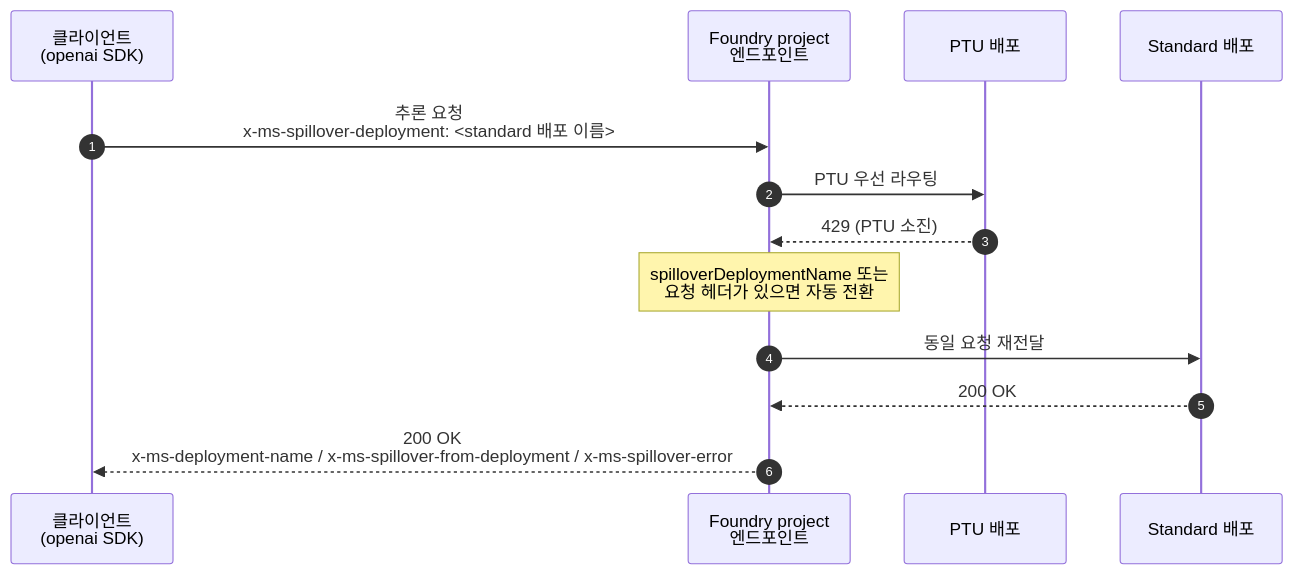
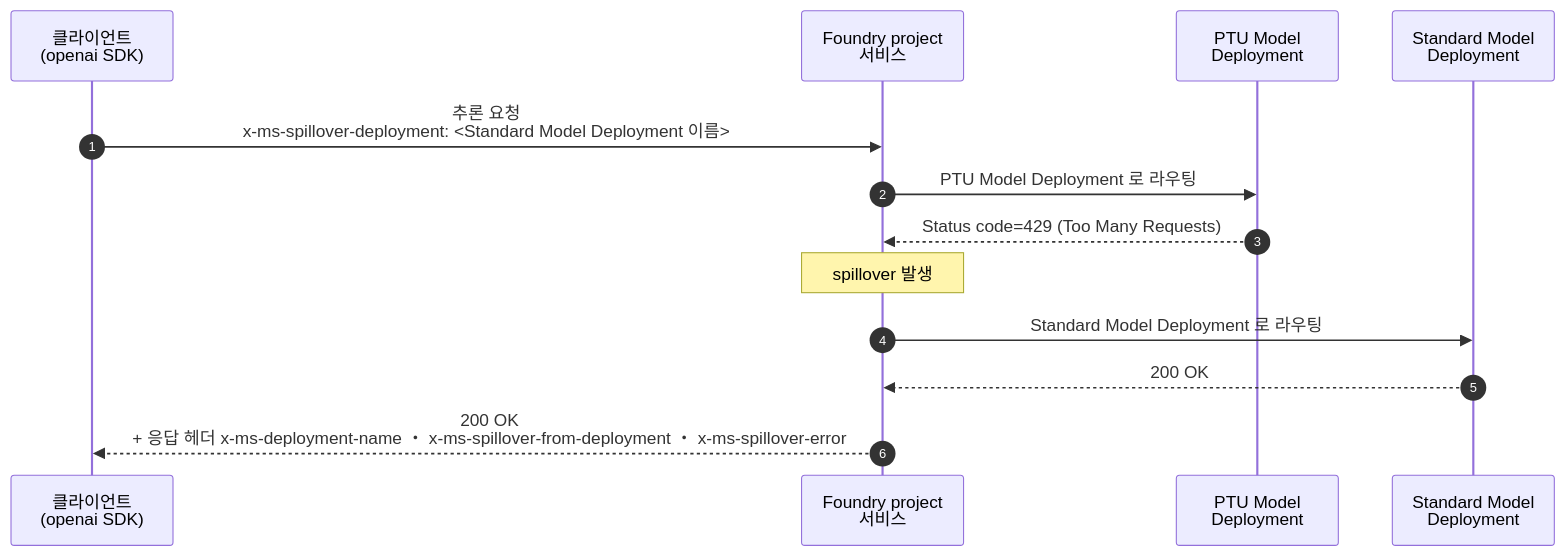
The fourth of 6 diagrams in README.md (ivorycloud1013/lab-azure-guide-foundry-ptu), drawn with Mermaid before and after one commit. The commit also changed other lines of this file and 1 other file, not shown here.

First line of the commit message:
refactor: 클라이언트 측 spillover 를 non-200 전체로 확대

````diff
--- a/README.md
+++ b/README.md
@@ -364,16 +360,16 @@
 ```mermaid
 sequenceDiagram
     autonumber
     participant Client as 클라이언트<br/>(openai SDK)
-    participant EP as Foundry project<br/>엔드포인트
-    participant PTU as PTU 배포
-    participant STD as Standard 배포
+    participant EP as Foundry project<br/>서비스
+    participant PTU as PTU Model<br/>Deployment
+    participant STD as Standard Model<br/>Deployment
 
-    Client->>EP: 추론 요청<br/>x-ms-spillover-deployment: <standard 배포 이름>
-    EP->>PTU: PTU 우선 라우팅
-    PTU-->>EP: 429 (PTU 소진)
-    Note over EP: spilloverDeploymentName 또는<br/>요청 헤더가 있으면 자동 전환
-    EP->>STD: 동일 요청 재전달
+    Client->>EP: 추론 요청<br/>x-ms-spillover-deployment: <Standard Model Deployment 이름>
+    EP->>PTU: PTU Model Deployment 로 라우팅
+    PTU-->>EP: Status code=429 (Too Many Requests)
+    Note over EP: spillover 발생
+    EP->>STD: Standard Model Deployment 로 라우팅
     STD-->>EP: 200 OK
-    EP-->>Client: 200 OK<br/>x-ms-deployment-name / x-ms-spillover-from-deployment / x-ms-spillover-error
+    EP-->>Client: 200 OK<br/>+ 응답 헤더 x-ms-deployment-name ・ x-ms-spillover-from-deployment ・ x-ms-spillover-error
 ```
````
